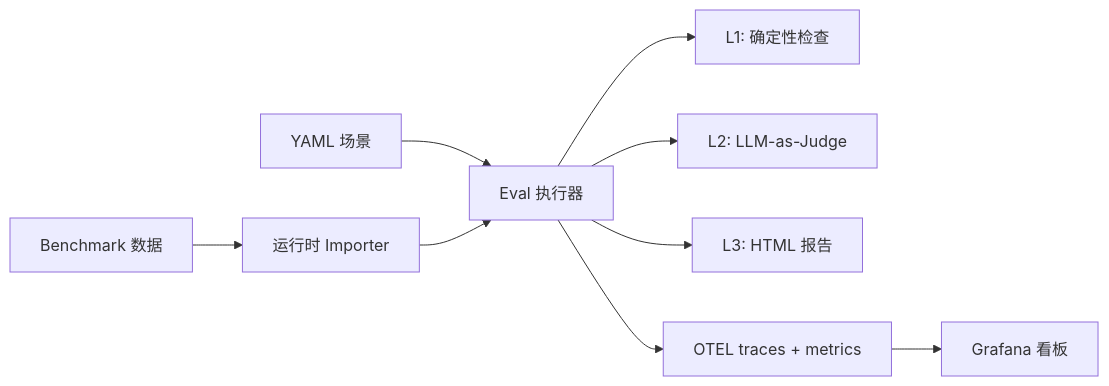
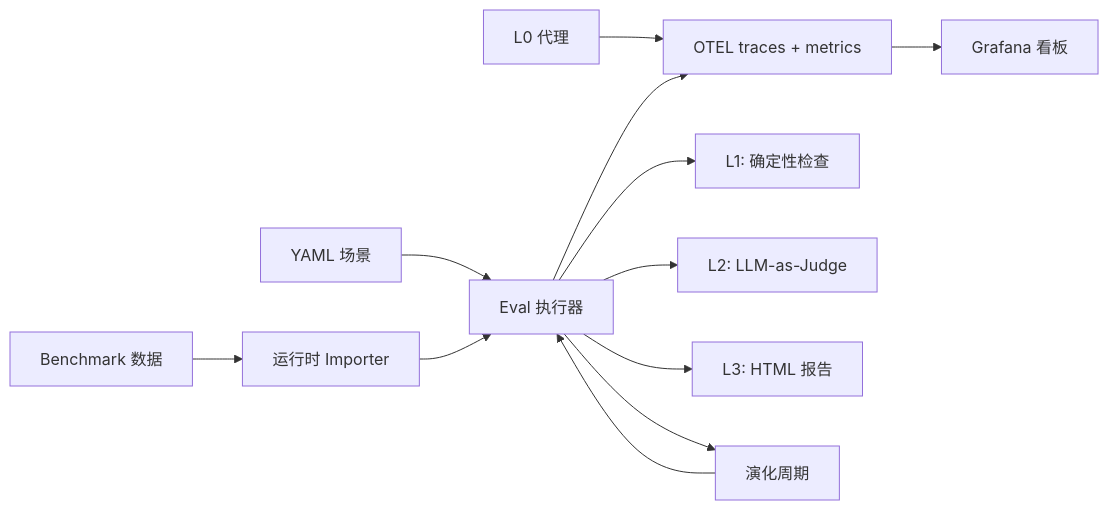
One commit to noCharger/agentlens changed the diagram in README.zh-CN.md. Above: the diagram before and after it, drawn with Mermaid. The commit also changed other lines of this file and 26 other files, not shown here.

````diff
--- a/README.zh-CN.md
+++ b/README.zh-CN.md
@@ -330,10 +569,13 @@
 ```mermaid
 flowchart LR
     A[YAML 场景] --> E[Eval 执行器]
     B[Benchmark 数据] --> D[运行时 Importer] --> E
+    P[L0 代理] --> I
     E --> F[L1: 确定性检查]
     E --> G[L2: LLM-as-Judge]
     E --> H[L3: HTML 报告]
     E --> I[OTEL traces + metrics]
     I --> J[Grafana 看板]
+    E --> V[演化周期]
+    V --> E
 ```
````
